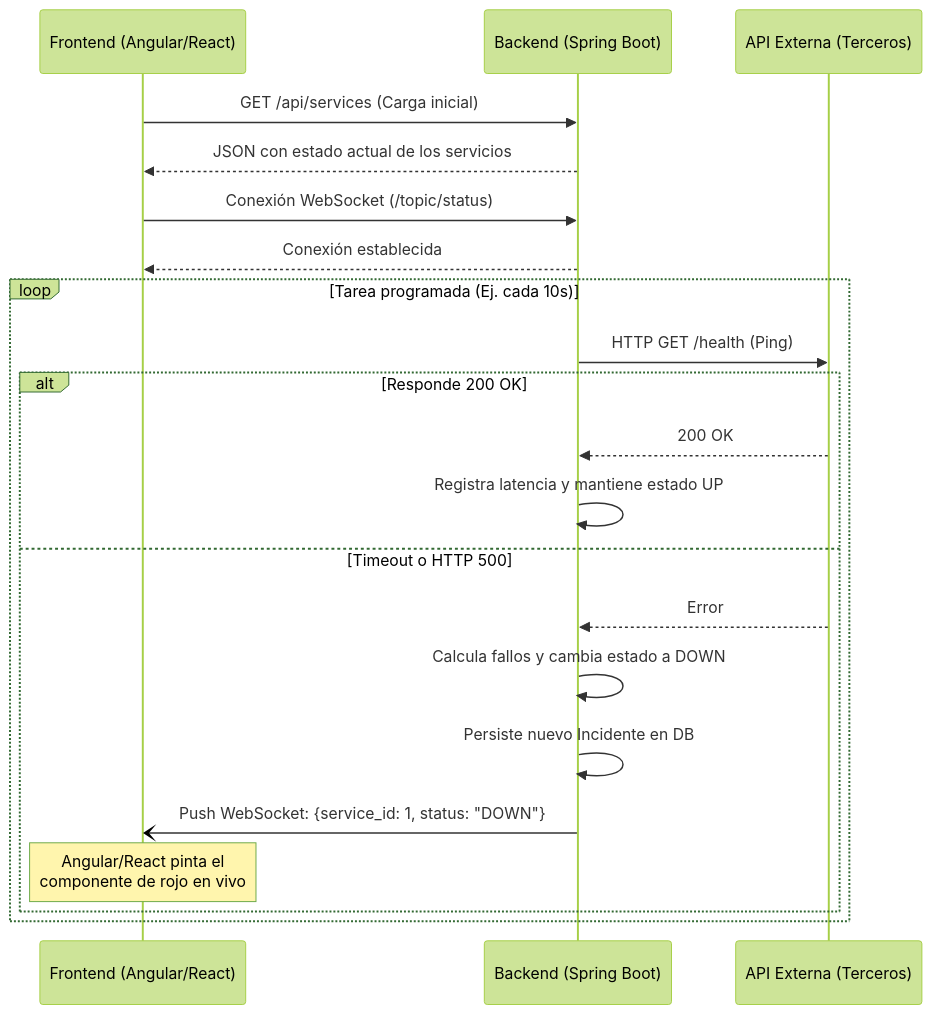
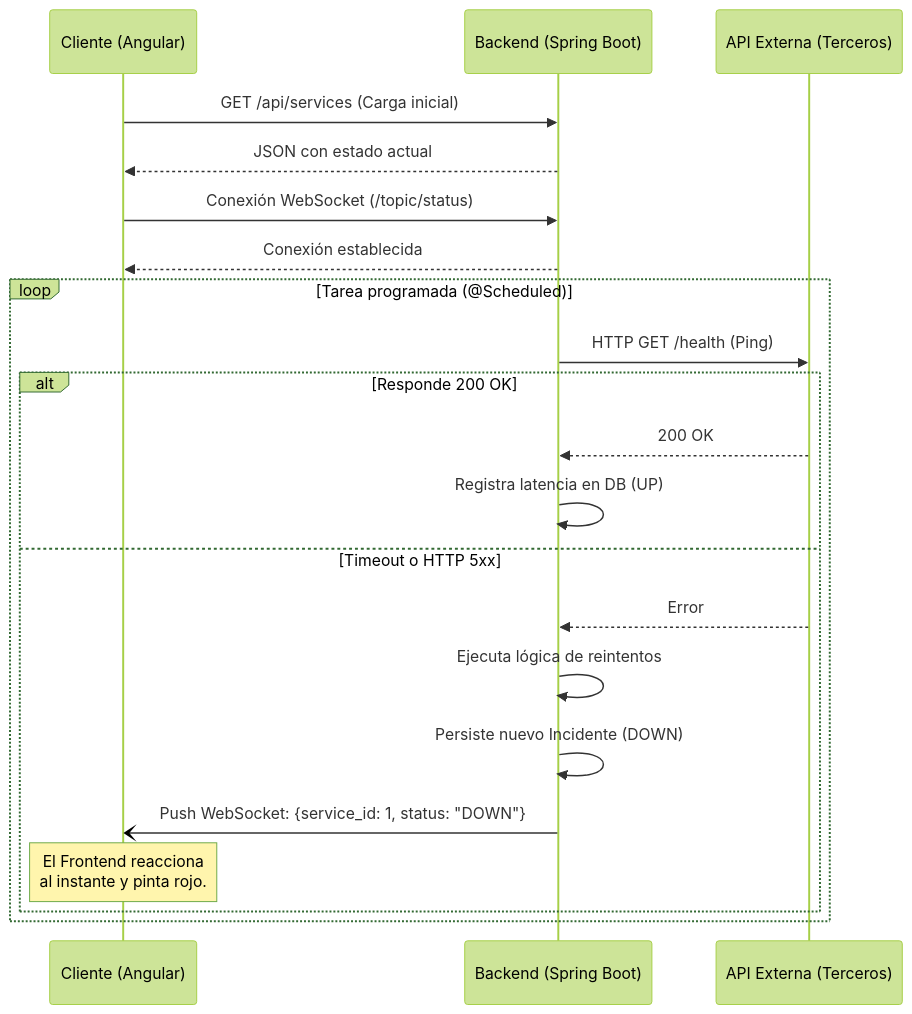
One commit to Marcosdaag/deploy-ops changed the second of 2 diagrams in docs/ARCHITECTURE.md. Above: the diagram before and after it, drawn with Mermaid (forest theme). The commit also changed other lines of this file and 4 other files, not shown here.

````diff
--- a/docs/ARCHITECTURE.md
+++ b/docs/ARCHITECTURE.md
@@ -28,27 +55,27 @@
 ```mermaid
 sequenceDiagram
-    participant F as Frontend (Angular/React)
+    participant F as Cliente (Angular)
     participant B as Backend (Spring Boot)
     participant E as API Externa (Terceros)
     
     F->>B: GET /api/services (Carga inicial)
-    B-->>F: JSON con estado actual de los servicios
+    B-->>F: JSON con estado actual
     F->>B: Conexión WebSocket (/topic/status)
     B-->>F: Conexión establecida
     
-    loop Tarea programada (Ej. cada 10s)
+    loop Tarea programada (@Scheduled)
         B->>E: HTTP GET /health (Ping)
         
         alt Responde 200 OK
             E-->>B: 200 OK
-            B->>B: Registra latencia y mantiene estado UP
+            B->>B: Registra latencia en DB (UP)
             
-        else Timeout o HTTP 500
+        else Timeout o HTTP 5xx
             E-->>B: Error
-            B->>B: Calcula fallos y cambia estado a DOWN
-            B->>B: Persiste nuevo Incidente en DB
+            B->>B: Ejecuta lógica de reintentos
+            B->>B: Persiste nuevo Incidente (DOWN)
             B-)F: Push WebSocket: {service_id: 1, status: "DOWN"}
-            Note over F: Angular/React pinta el<br/>componente de rojo en vivo
+            Note over F: El Frontend reacciona<br/>al instante y pinta rojo.
         end
     end
 ```
````
